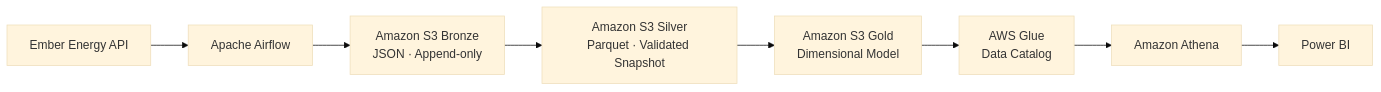
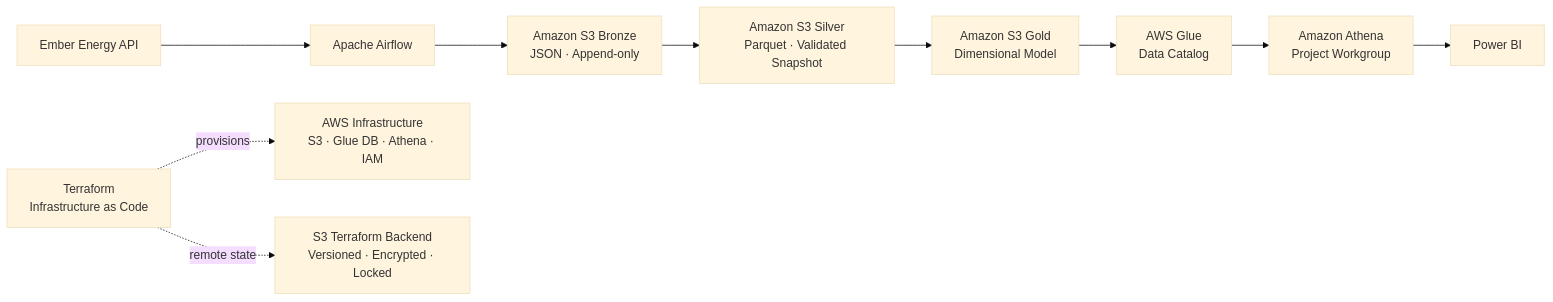
One commit to georgeballa7/EuropeanEnergyDataAnalytics changed the first of 2 diagrams in docs/architecture/architecture.md. Above: the diagram before and after it, drawn with Mermaid (base theme). The commit also changed other lines of this file, not shown here.

Commit message:
docs: document Terraform infrastructure and orchestration

````diff
--- a/docs/architecture/architecture.md
+++ b/docs/architecture/architecture.md
@@ -5,10 +5,13 @@
 ```mermaid
 flowchart LR
     API["Ember Energy API"] --> AF["Apache Airflow"]
     AF --> B["Amazon S3 Bronze<br/>JSON · Append-only"]
     B --> S["Amazon S3 Silver<br/>Parquet · Validated Snapshot"]
     S --> G["Amazon S3 Gold<br/>Dimensional Model"]
     G --> GC["AWS Glue<br/>Data Catalog"]
-    GC --> AT["Amazon Athena"]
+    GC --> AT["Amazon Athena<br/>Project Workgroup"]
     AT --> BI["Power BI"]
+
+    TF["Terraform<br/>Infrastructure as Code"] -. provisions .-> S3I["AWS Infrastructure<br/>S3 · Glue DB · Athena · IAM"]
+    TF -. remote state .-> TFS["S3 Terraform Backend<br/>Versioned · Encrypted · Locked"]
 ```
````
